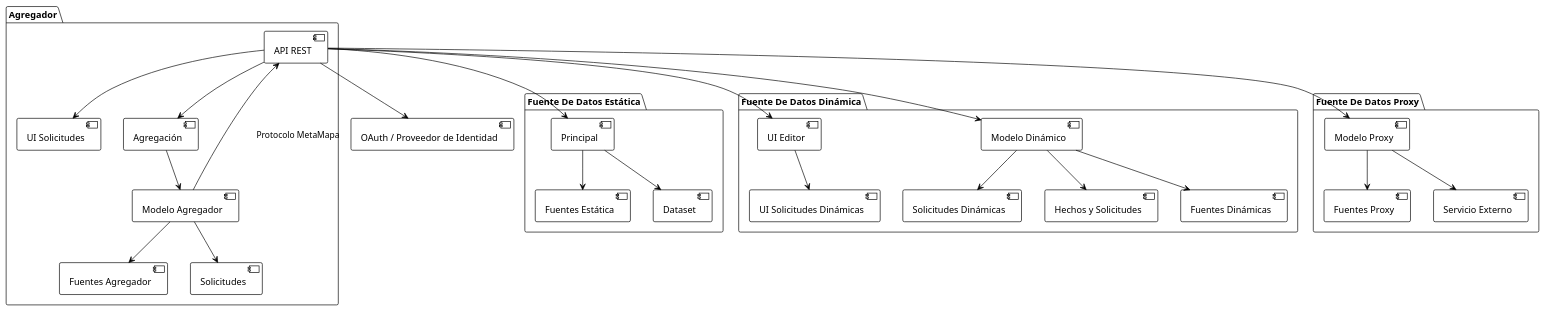
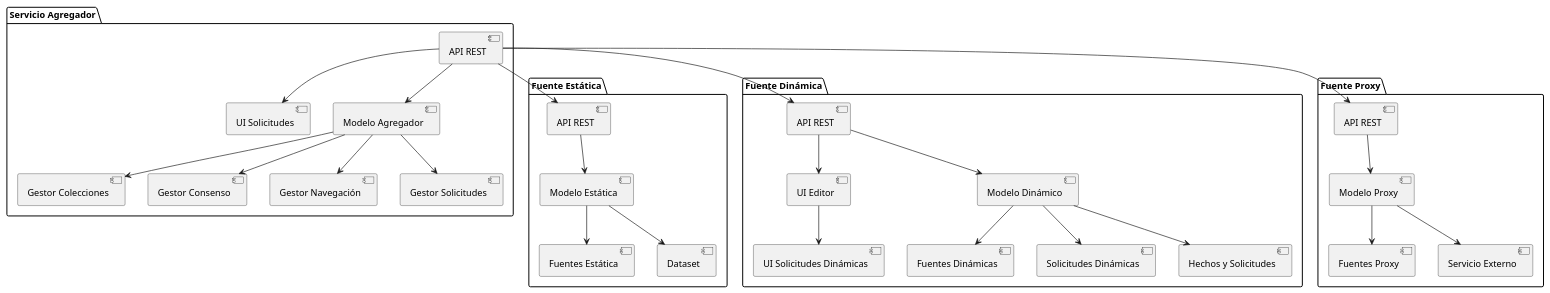
One commit to nicoScatolon/ddsi-tp-2025 changed the diagram in diagramas/diagramaArquitectura.puml. Above: the diagram before and after it, drawn with PlantUML. The commit also changed 37 other files, not shown here.

```diff
--- a/diagramas/diagramaArquitectura.puml
+++ b/diagramas/diagramaArquitectura.puml
@@ -1,36 +1,69 @@
 @startuml
-!theme plain
 
-package "Agregador" {
-  [API REST] --> [UI Solicitudes]
-  [API REST] --> [Agregación]
-  [Agregación] --> [Modelo Agregador]
-  [Modelo Agregador] --> [Fuentes Agregador]
-  [Modelo Agregador] --> [Solicitudes]
+package "Servicio Agregador" {
+  [API REST Agregador] as "API REST"
+  [UI Solicitudes]
+  [Modelo Agregador]
+
+  [Gestor Colecciones]
+  [Gestor Consenso]
+  [Gestor Navegación]
+  [Gestor Solicitudes]
+  ' Relaciones API
+  [API REST Agregador] --> [Modelo Agregador]
+
+  ' Lógica interna
+  [Modelo Agregador] --> [Gestor Colecciones]
+  [Modelo Agregador] --> [Gestor Consenso]
+  [Modelo Agregador] --> [Gestor Navegación]
+  [Modelo Agregador] --> [Gestor Solicitudes]
+
+  ' Interfaces usuario
+  [API REST Agregador] --> [UI Solicitudes]
 }
 
-package "Fuente De Datos Estática" {
-  [API REST] --> [Principal]
-  [Principal] --> [Fuentes Estática]
-  [Principal] --> [Dataset]
+package "Fuente Estática" {
+  [API REST Estática] as "API REST"
+  [Modelo Estática]
+  [Fuentes Estática]
+  [Dataset]
+
+  [API REST Estática] --> [Modelo Estática]
+  [Modelo Estática] --> [Fuentes Estática]
+  [Modelo Estática] --> [Dataset]
 }
 
-package "Fuente De Datos Dinámica" {
-  [API REST] --> [UI Editor]
-  [API REST] --> [Modelo Dinámico]
+package "Fuente Dinámica" {
+  [API REST Dinámica] as "API REST"
+  [UI Editor]
+  [Modelo Dinámico]
+  [Fuentes Dinámicas]
+  [Solicitudes Dinámicas]
+  [Hechos y Solicitudes]
+  [UI Solicitudes Dinámicas]
+
+  [API REST Dinámica] --> [UI Editor]
+  [API REST Dinámica] --> [Modelo Dinámico]
   [Modelo Dinámico] --> [Fuentes Dinámicas]
   [Modelo Dinámico] --> [Solicitudes Dinámicas]
   [Modelo Dinámico] --> [Hechos y Solicitudes]
   [UI Editor] --> [UI Solicitudes Dinámicas]
 }
 
-package "Fuente De Datos Proxy" {
-  [API REST] --> [Modelo Proxy]
+package "Fuente Proxy" {
+  [API REST Proxy] as "API REST"
+  [Modelo Proxy]
+  [Fuentes Proxy]
+  [Servicio Externo]
+
+  [API REST Proxy] --> [Modelo Proxy]
   [Modelo Proxy] --> [Fuentes Proxy]
   [Modelo Proxy] --> [Servicio Externo]
 }
 
-' Relaciones entre sistemas
-[Modelo Agregador] --> [API REST] : Protocolo MetaMapa
-[API REST] --> [OAuth / Proveedor de Identidad]
+' Relaciones entre servicios vía APIs
+[API REST Agregador] --> [API REST Estática]
+[API REST Agregador] --> [API REST Dinámica]
+[API REST Agregador] --> [API REST Proxy]
+
 @enduml
```
